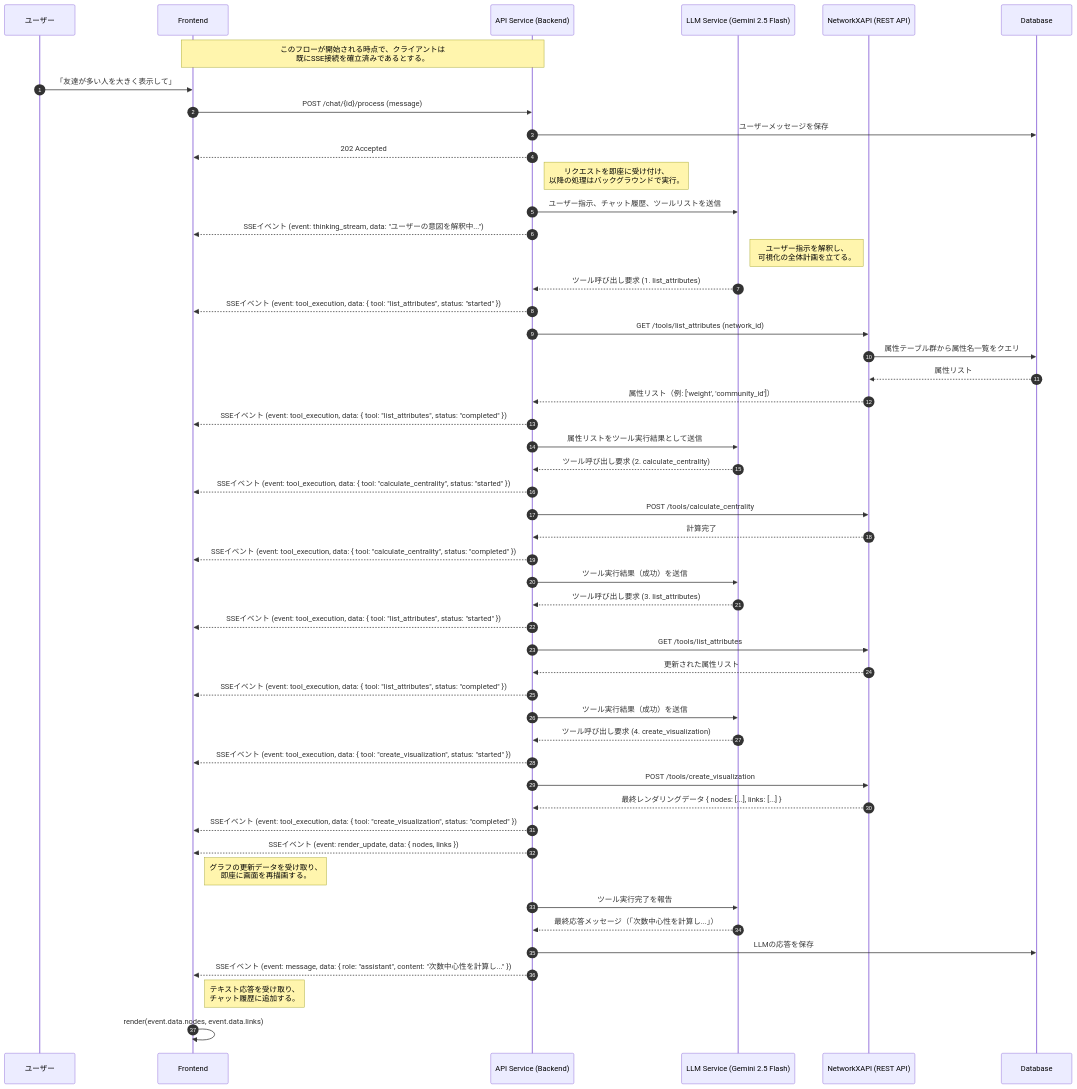
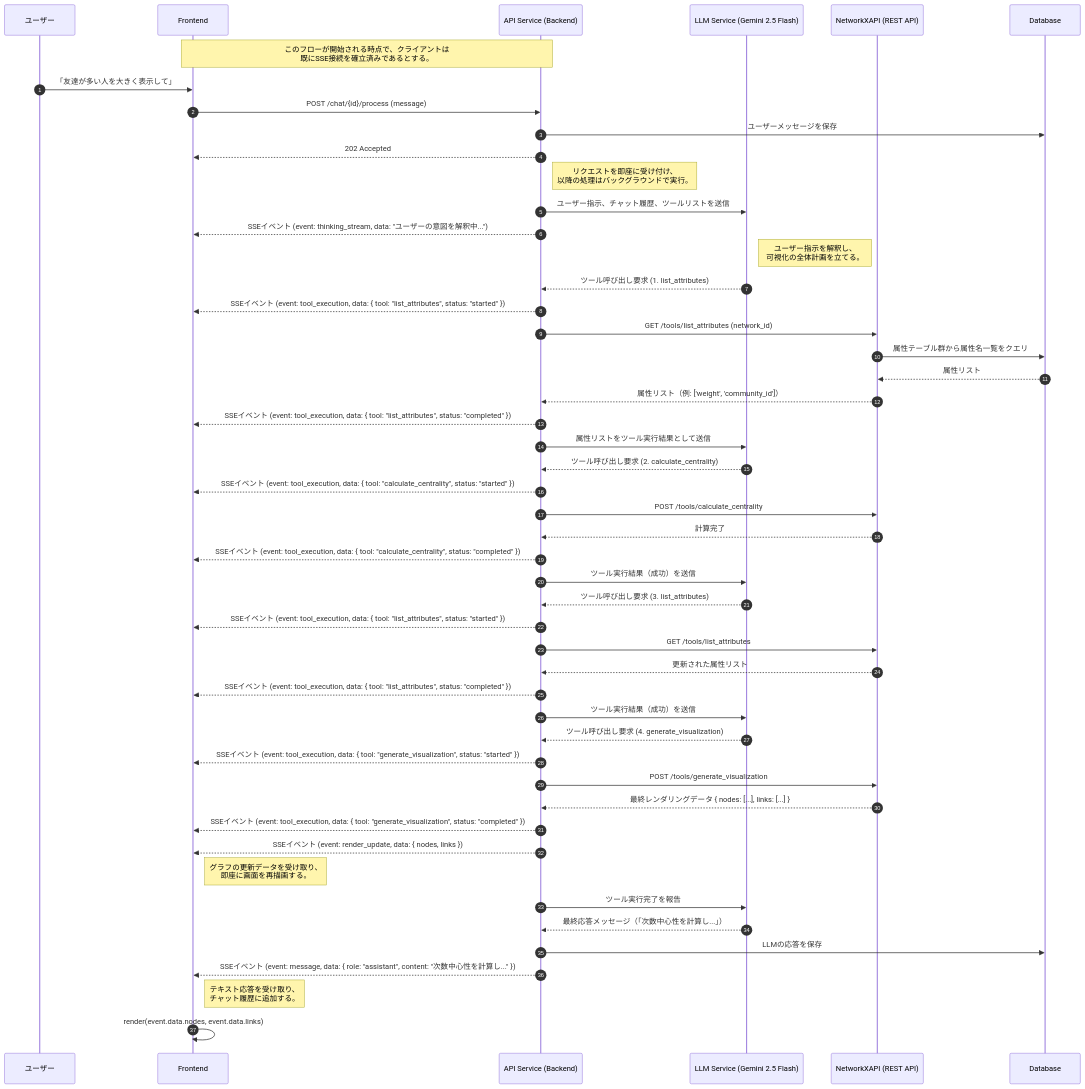
Before and after one commit to vdslab/LLMGraphvis: the second of 3 diagrams in specification/2_Technical_Details/6_Core_Workflows.md, drawn with Mermaid. The commit also changed 4 other files, not shown here.

First line of the commit message:
Rename create_visualization to generate_visualization

````diff
--- a/specification/2_Technical_Details/6_Core_Workflows.md
+++ b/specification/2_Technical_Details/6_Core_Workflows.md
@@ -81,74 +81,74 @@
 ```mermaid
 sequenceDiagram
     autonumber
     %% Participants
     participant U as ユーザー
     participant F as Frontend
     participant B as API Service (Backend)
     participant LLM as LLM Service (Gemini 2.5 Flash)
     participant N as NetworkXAPI (REST API)
     participant DB as Database
 
     note over F, B: このフローが開始される時点で、クライアントは<br/>既にSSE接続を確立済みであるとする。
 
     U->>F: 「友達が多い人を大きく表示して」
     F->>B: POST /chat/{id}/process (message)
     B->>DB: ユーザーメッセージを保存
     B-->>F: 202 Accepted
     note right of B: リクエストを即座に受け付け、<br/>以降の処理はバックグラウンドで実行。
 
     %% Step 1: Backend starts the process and streams thinking
     B->>LLM: ユーザー指示、チャット履歴、ツールリストを送信
     B-->>F: SSEイベント (event: thinking_stream, data: "ユーザーの意図を解釈中...")
     note right of LLM: ユーザー指示を解釈し、<br/>可視化の全体計画を立てる。
     LLM-->>B: ツール呼び出し要求 (1. list_attributes)
 
     %% Step 2: Backend executes tools and streams status
     B-->>F: SSEイベント (event: tool_execution, data: { tool: "list_attributes", status: "started" })
     B->>N: GET /tools/list_attributes (network_id)
     N->>DB: 属性テーブル群から属性名一覧をクエリ
     DB-->>N: 属性リスト
     N-->>B: 属性リスト（例: ['weight', 'community_id']）
     B-->>F: SSEイベント (event: tool_execution, data: { tool: "list_attributes", status: "completed" })
 
     %% Step 3: Backend continues planning with LLM
     B->>LLM: 属性リストをツール実行結果として送信
     LLM-->>B: ツール呼び出し要求 (2. calculate_centrality)
 
     %% Step 4: Backend executes calculate_centrality
     B-->>F: SSEイベント (event: tool_execution, data: { tool: "calculate_centrality", status: "started" })
     B->>N: POST /tools/calculate_centrality
     N-->>B: 計算完了
     B-->>F: SSEイベント (event: tool_execution, data: { tool: "calculate_centrality", status: "completed" })
     
     B->>LLM: ツール実行結果（成功）を送信
     LLM-->>B: ツール呼び出し要求 (3. list_attributes)
 
     %% Step 5: Backend executes list_attributes (Verification)
     B-->>F: SSEイベント (event: tool_execution, data: { tool: "list_attributes", status: "started" })
     B->>N: GET /tools/list_attributes
     N-->>B: 更新された属性リスト
     B-->>F: SSEイベント (event: tool_execution, data: { tool: "list_attributes", status: "completed" })
 
     B->>LLM: ツール実行結果（成功）を送信
-    LLM-->>B: ツール呼び出し要求 (4. create_visualization)
+    LLM-->>B: ツール呼び出し要求 (4. generate_visualization)
 
-    %% Step 6: Backend executes create_visualization
-    B-->>F: SSEイベント (event: tool_execution, data: { tool: "create_visualization", status: "started" })
-    B->>N: POST /tools/create_visualization
+    %% Step 6: Backend executes generate_visualization
+    B-->>F: SSEイベント (event: tool_execution, data: { tool: "generate_visualization", status: "started" })
+    B->>N: POST /tools/generate_visualization
     N-->>B: 最終レンダリングデータ { nodes: [...], links: [...] }
-    B-->>F: SSEイベント (event: tool_execution, data: { tool: "create_visualization", status: "completed" })
+    B-->>F: SSEイベント (event: tool_execution, data: { tool: "generate_visualization", status: "completed" })
 
     %% Step 7: Backend sends final data and text response via SSE
     B-->>F: SSEイベント (event: render_update, data: { nodes, links })
     note right of F: グラフの更新データを受け取り、<br/>即座に画面を再描画する。
 
     B->>LLM: ツール実行完了を報告
     LLM-->>B: 最終応答メッセージ（「次数中心性を計算し...」）
     B->>DB: LLMの応答を保存
     B-->>F: SSEイベント (event: message, data: { role: "assistant", content: "次数中心性を計算し..." })
     note right of F: テキスト応答を受け取り、<br/>チャット履歴に追加する。
 
     %% Step 8: Frontend renders the updated network
     F->>F: render(event.data.nodes, event.data.links)
 ```
````
